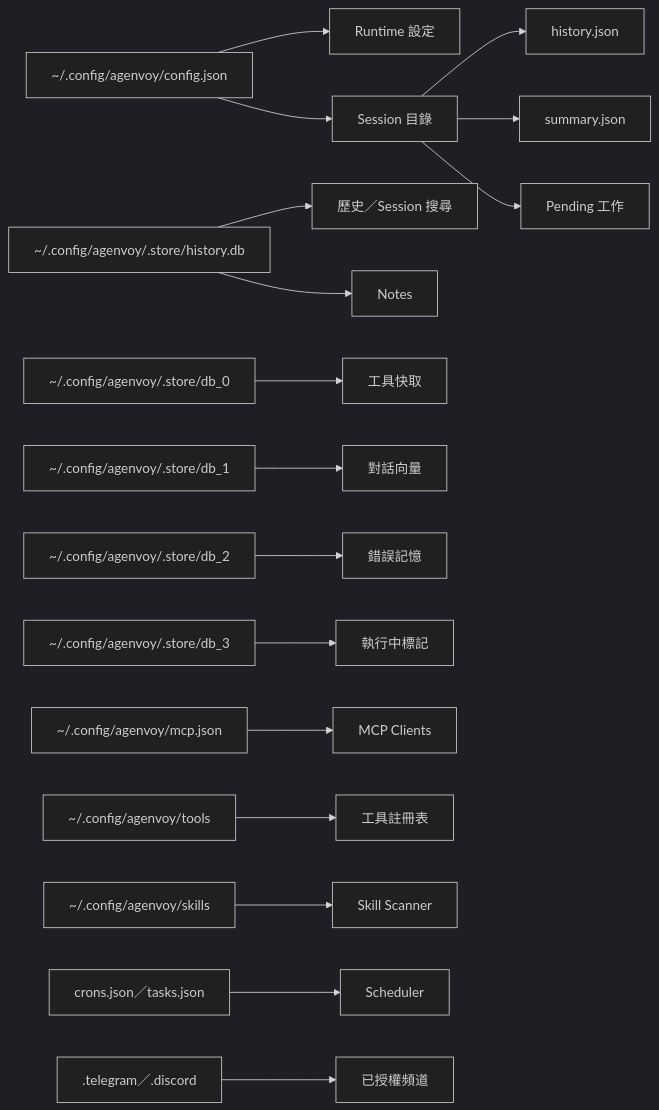
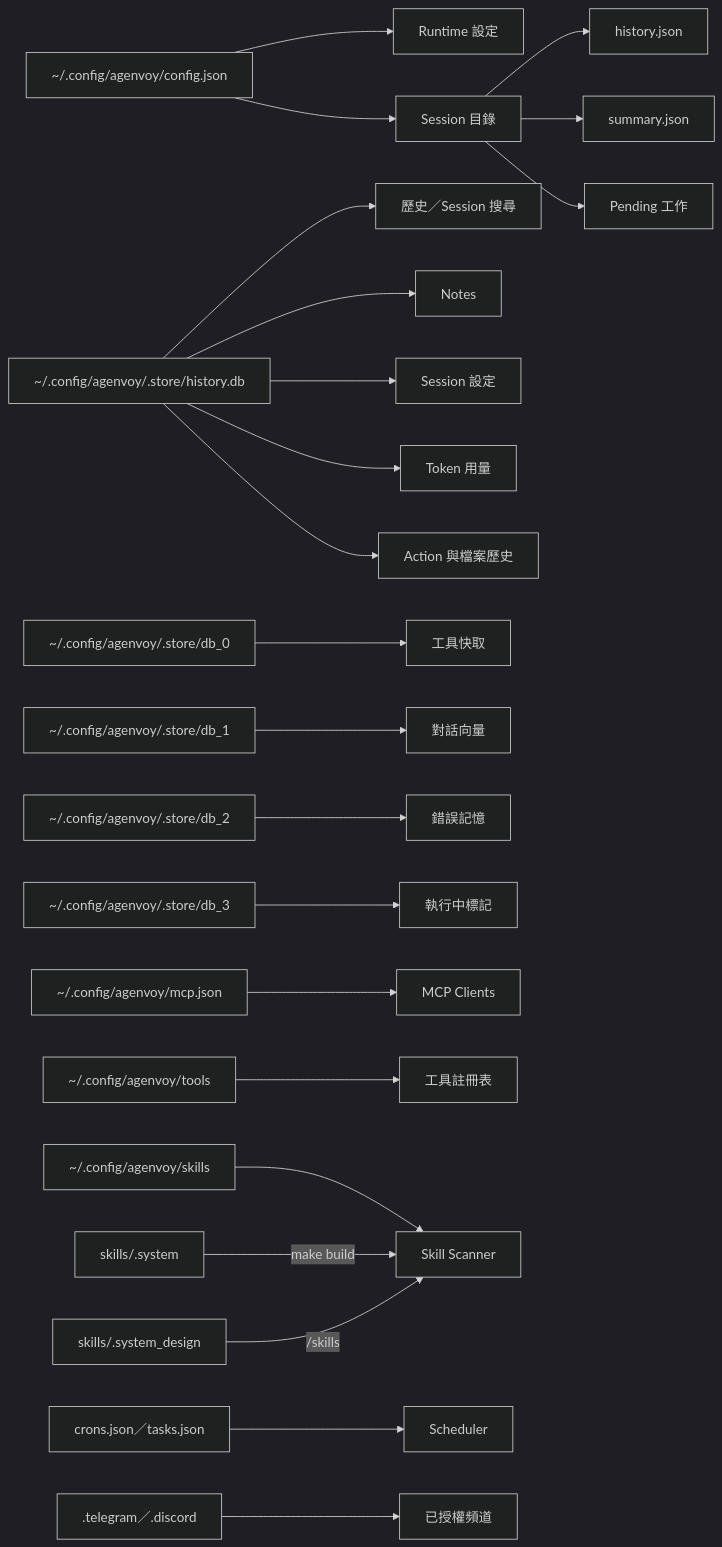
One commit to agenvoy/Agenvoy changed the ninth of 9 diagrams in doc/architecture.zh.md. Above: the diagram before and after it, drawn with Mermaid (dark theme). The commit also changed other lines of this file and 3 other files, not shown here.

Commit message:
doc: Update architecture and runtime documentation

````diff
--- a/doc/architecture.zh.md
+++ b/doc/architecture.zh.md
@@ -188,19 +192,24 @@
 ```mermaid
 flowchart LR
     Config[~/.config/agenvoy/config.json] --> Runtime[Runtime 設定]
     Config --> Sessions[Session 目錄]
     Sessions --> History[history.json]
     Sessions --> Summary[summary.json]
     Sessions --> Pending[Pending 工作]
     SQLite[~/.config/agenvoy/.store/history.db] --> Search[歷史／Session 搜尋]
     SQLite --> Notes[Notes]
+    SQLite --> SessionConfig[Session 設定]
+    SQLite --> Usage[Token 用量]
+    SQLite --> ActionHistory[Action 與檔案歷史]
     Torii0[~/.config/agenvoy/.store/db_0] --> ToolCache[工具快取]
     Torii1[~/.config/agenvoy/.store/db_1] --> SessionMemory[對話向量]
     Torii2[~/.config/agenvoy/.store/db_2] --> ErrorMemory[錯誤記憶]
     Torii3[~/.config/agenvoy/.store/db_3] --> Online[執行中標記]
     MCP[~/.config/agenvoy/mcp.json] --> MCPClients[MCP Clients]
     Tools[~/.config/agenvoy/tools] --> Registry[工具註冊表]
     Skills[~/.config/agenvoy/skills] --> Scanner[Skill Scanner]
+    SystemSkills[skills/.system] -->|make build| Scanner
+    DesignSkills[skills/.system_design] -->|/skills| Scanner
     Schedules[crons.json／tasks.json] --> Scheduler[Scheduler]
     Auth[.telegram／.discord] --> Channels[已授權頻道]
 ```
````
